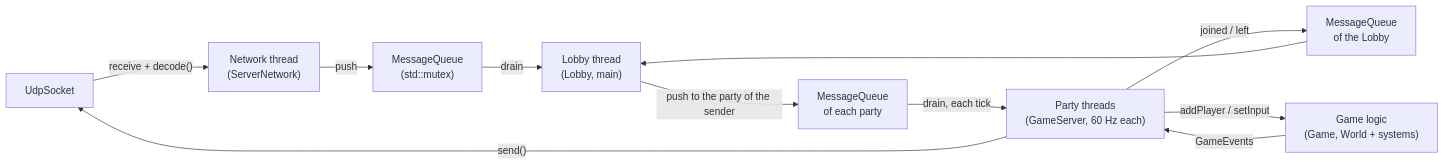
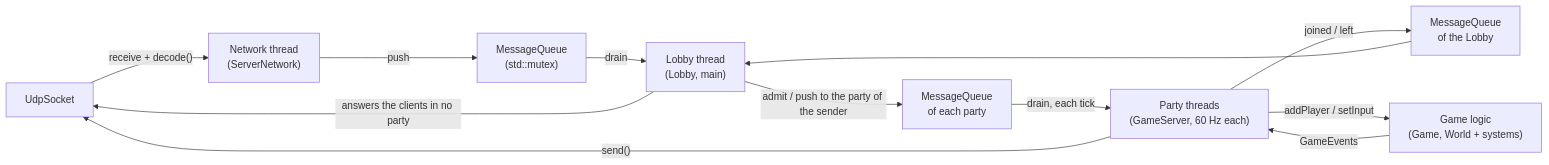
Before and after one commit to Boz0o0/R-Type: the second of 3 diagrams in docs/mkdocs/protocol/implementation.md, drawn with Mermaid. The commit also changed other lines of this file and 6 other files, not shown here.

````diff
--- a/docs/mkdocs/protocol/implementation.md
+++ b/docs/mkdocs/protocol/implementation.md
@@ -119,13 +119,14 @@
 ```mermaid
 flowchart LR
     Socket["UdpSocket"] -->|"receive + decode()"| Net["Network thread<br/>(ServerNetwork)"]
     Net -->|"push"| Queue["MessageQueue<br/>(std::mutex)"]
     Queue -->|"drain"| Lobby["Lobby thread<br/>(Lobby, main)"]
-    Lobby -->|"push to the party of the sender"| Inbox["MessageQueue<br/>of each party"]
+    Lobby -->|"answers the clients in no party"| Socket
+    Lobby -->|"admit / push to the party of the sender"| Inbox["MessageQueue<br/>of each party"]
     Inbox -->|"drain, each tick"| Server["Party threads<br/>(GameServer, 60 Hz each)"]
     Server -->|"joined / left"| Changes["MessageQueue<br/>of the Lobby"]
     Changes --> Lobby
     Server -->|"addPlayer / setInput"| Game["Game logic<br/>(Game, World + systems)"]
     Game -->|"GameEvents"| Server
     Server -->|"send()"| Socket
 ```
````
